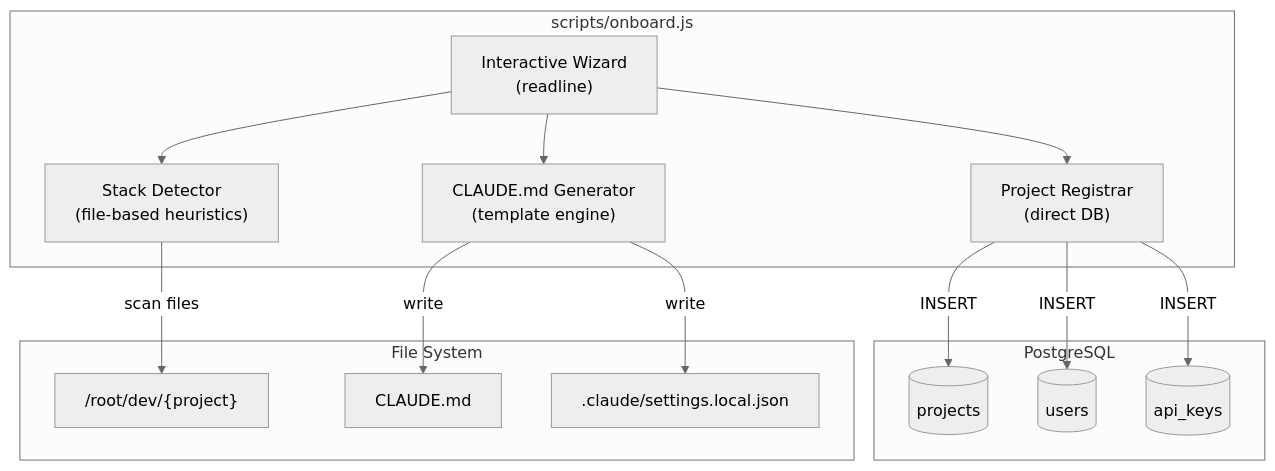
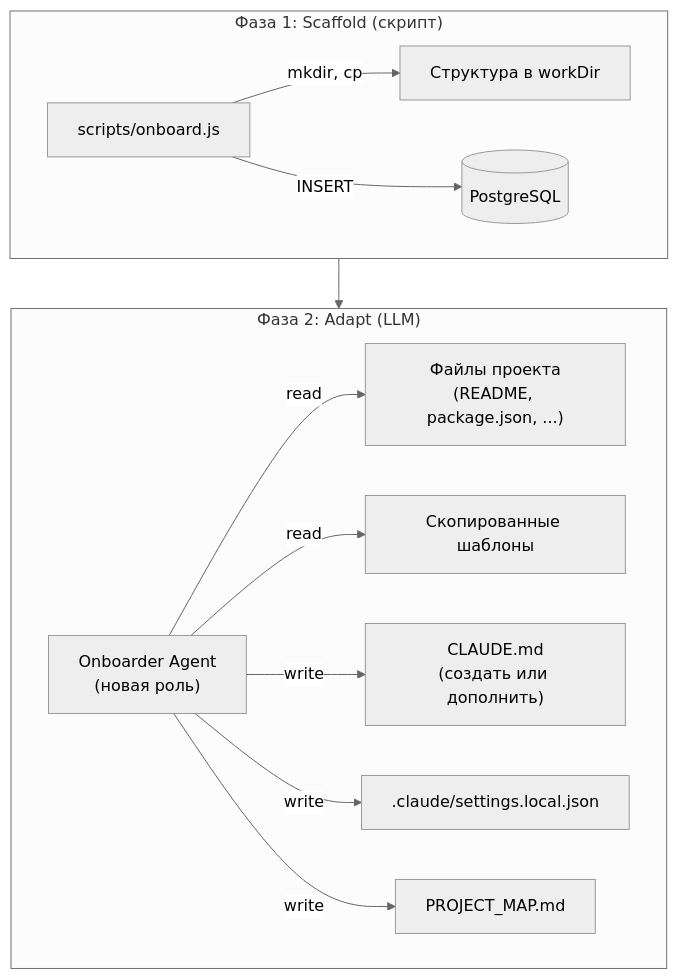
The first of 2 diagrams in docs/analyst/NF-22/design/spec.md (sasaloginov/neuroforge), drawn with Mermaid (neutral theme) before and after one commit. The commit also changed other lines of this file and 1 other file, not shown here.

Commit message:
NF-22: обновлённая спека — LLM-driven онбординг вместо скрипта

````diff
--- a/docs/analyst/NF-22/design/spec.md
+++ b/docs/analyst/NF-22/design/spec.md
@@ -29,31 +31,19 @@
 ```mermaid
 graph TB
-    subgraph CLI["scripts/onboard.js"]
-        Wizard["Interactive Wizard<br/>(readline)"]
-        Detector["Stack Detector<br/>(file-based heuristics)"]
-        Generator["CLAUDE.md Generator<br/>(template engine)"]
-        Registrar["Project Registrar<br/>(direct DB)"]
+    subgraph Phase1["Фаза 1: Scaffold (скрипт)"]
+        CLI["scripts/onboard.js"]
+        CLI -->|mkdir, cp| FS["Структура в workDir"]
+        CLI -->|INSERT| DB[(PostgreSQL)]
     end
 
-    subgraph DB["PostgreSQL"]
-        Projects[(projects)]
-        Users[(users)]
-        ApiKeys[(api_keys)]
+    subgraph Phase2["Фаза 2: Adapt (LLM)"]
+        Agent["Onboarder Agent<br/>(новая роль)"]
+        Agent -->|read| Project["Файлы проекта<br/>(README, package.json, ...)"]
+        Agent -->|read| Template["Скопированные шаблоны"]
+        Agent -->|write| ClaudeMD["CLAUDE.md<br/>(создать или дополнить)"]
+        Agent -->|write| Settings[".claude/settings.local.json"]
+        Agent -->|write| ProjectMap["PROJECT_MAP.md"]
     end
 
-    subgraph FS["File System"]
-        WorkDir["/root/dev/{project}"]
-        ClaudeMD["CLAUDE.md"]
-        ClaudeSettings[".claude/settings.local.json"]
-    end
-
-    Wizard --> Detector
-    Wizard --> Registrar
-    Wizard --> Generator
-    Detector -->|scan files| WorkDir
-    Generator -->|write| ClaudeMD
-    Generator -->|write| ClaudeSettings
-    Registrar -->|INSERT| Projects
-    Registrar -->|INSERT| Users
-    Registrar -->|INSERT| ApiKeys
+    Phase1 --> Phase2
 ```
````
